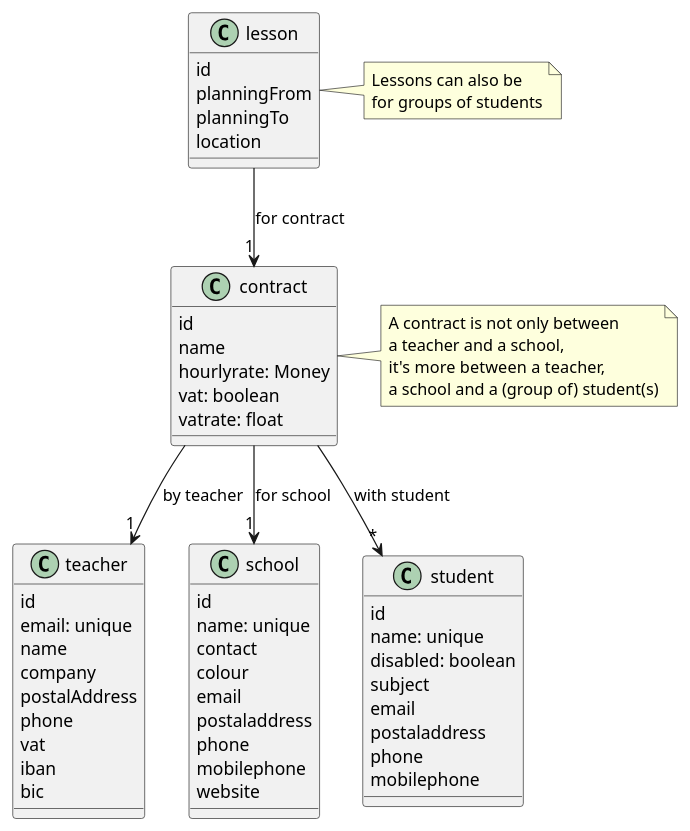
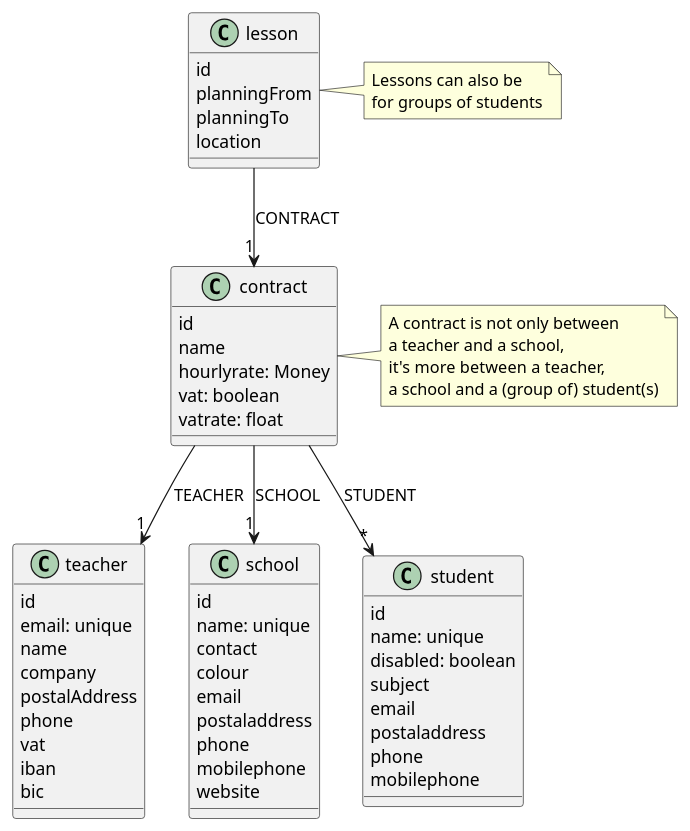
One commit to dcoraboeuf/iteach-1.0.x changed the diagram in docs/model.2.x.puml. Above: the diagram before and after it, drawn with PlantUML.

Commit message:
Model 2.x - using Neo4j relationship names

```diff
--- a/docs/model.2.x.puml
+++ b/docs/model.2.x.puml
@@ -1,71 +1,71 @@
 @startuml
 
 class teacher {
     id
     email: unique
     name
     company
     postalAddress
     phone
     vat
     iban
     bic
 }
 
 class school {
     id
     name: unique
     contact
     colour
     email
     postaladdress
     phone
     mobilephone
     website
 }
 
 class contract {
     id
     name
     hourlyrate: Money
     vat: boolean
     vatrate: float
 }
 
 class student {
     id
     name: unique
     disabled: boolean
     subject
     email
     postaladdress
     phone
     mobilephone
 }
 
 class lesson {
     id
     planningFrom
     planningTo
     location
 }
 
-contract --> "1" school: for school
-contract --> "1" teacher: by teacher
-contract --> "*" student: with student
+contract --> "1" school: SCHOOL
+contract --> "1" teacher: TEACHER
+contract --> "*" student: STUDENT
 
-lesson --> "1" contract: for contract
+lesson --> "1" contract: CONTRACT
 
 note right of lesson
     Lessons can also be
     for groups of students
 end note
 
 note right of contract
     A contract is not only between
     a teacher and a school,
     it's more between a teacher,
     a school and a (group of) student(s)
 end note
 
 @enduml
```
